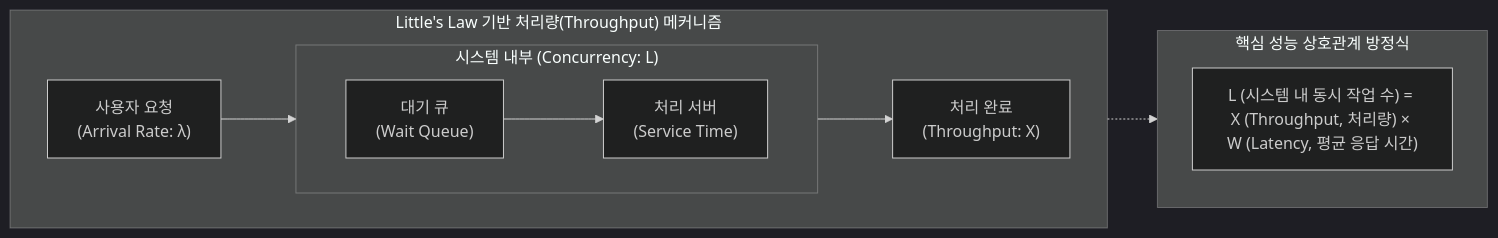
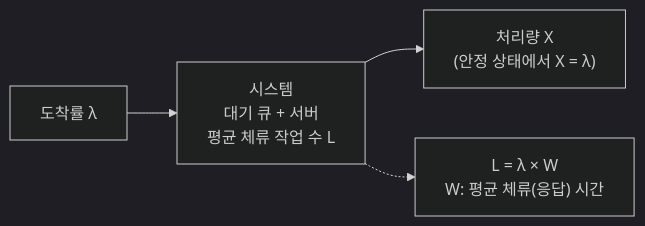
One commit to supremethumb/supremethumb.github.io changed the diagram in content/01_IT Tech/처리량.md. Above: the diagram before and after it, drawn with Mermaid (dark theme). The commit also changed other lines of this file and 1087 other files, not shown here.

````diff
--- a/content/01_IT Tech/처리량.md
+++ b/content/01_IT Tech/처리량.md
@@ -23,26 +34,6 @@
 ```mermaid
 flowchart LR
-    subgraph "Little's Law 기반 처리량(Throughput) 메커니즘"
-        direction LR
-        User["사용자 요청<br/>(Arrival Rate: λ)"]
-        
-        subgraph System["시스템 내부 (Concurrency: L)"]
-            direction LR
-            Queue["대기 큐<br/>(Wait Queue)"]
-            Process["처리 서버<br/>(Service Time)"]
-            Queue --> Process
-        end
-        
-        Out["처리 완료<br/>(Throughput: X)"]
-        
-        User --> System
-        System --> Out
-    end
-
-    subgraph "핵심 성능 상호관계 방정식"
-        direction TB
-        Formula["L (시스템 내 동시 작업 수) = X (Throughput, 처리량) × W (Latency, 평균 응답 시간)"]
-    end
-    System -.-> Formula
-
+    IN["도착률 λ"] --> SYS["시스템<br/>대기 큐 + 서버<br/>평균 체류 작업 수 L"]
+    SYS --> OUT["처리량 X<br/>(안정 상태에서 X = λ)"]
+    SYS -.-> F["L = λ × W<br/>W: 평균 체류(응답) 시간"]
 ```
````
